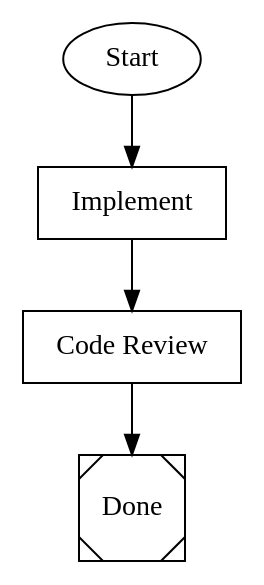
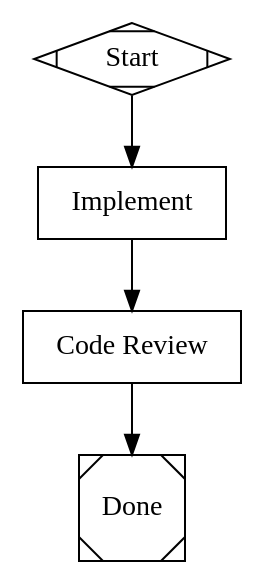
Before and after one commit to samueljklee/attractor: the diagram in examples/code_review.dot, drawn with Graphviz. The commit also changed 44 other files, not shown here.

```diff
--- a/examples/code_review.dot
+++ b/examples/code_review.dot
@@ -1,33 +1,33 @@
 // Code review pipeline: Implement, review, iterate if needed
 // Demonstrates goal gates and retry loops
 // Usage: attractor run examples/code_review.dot
 
 digraph CodeReview {
     graph [
         goal="Write a Python class for a thread-safe LRU cache",
         max_goal_gate_redirects="3"
     ]
 
-    start [shape=ellipse, label="Start"]
+    start [shape=Mdiamond, label="Start"]
 
     implement [
         shape=box,
         label="Implement",
         prompt="Write clean, well-documented Python code for: $goal. Include type hints and docstrings."
     ]
 
     review [
         shape=box,
         label="Code Review",
         prompt="Review this code critically. List any bugs, missing edge cases, or improvements. If good, say APPROVED. If not, say NEEDS_FIXES and list what to fix."
     ]
 
     done [
         shape=Msquare,
         label="Done",
         goal_gate="outcome = success",
         retry_target="implement"
     ]
 
     start -> implement -> review -> done
 }
```
